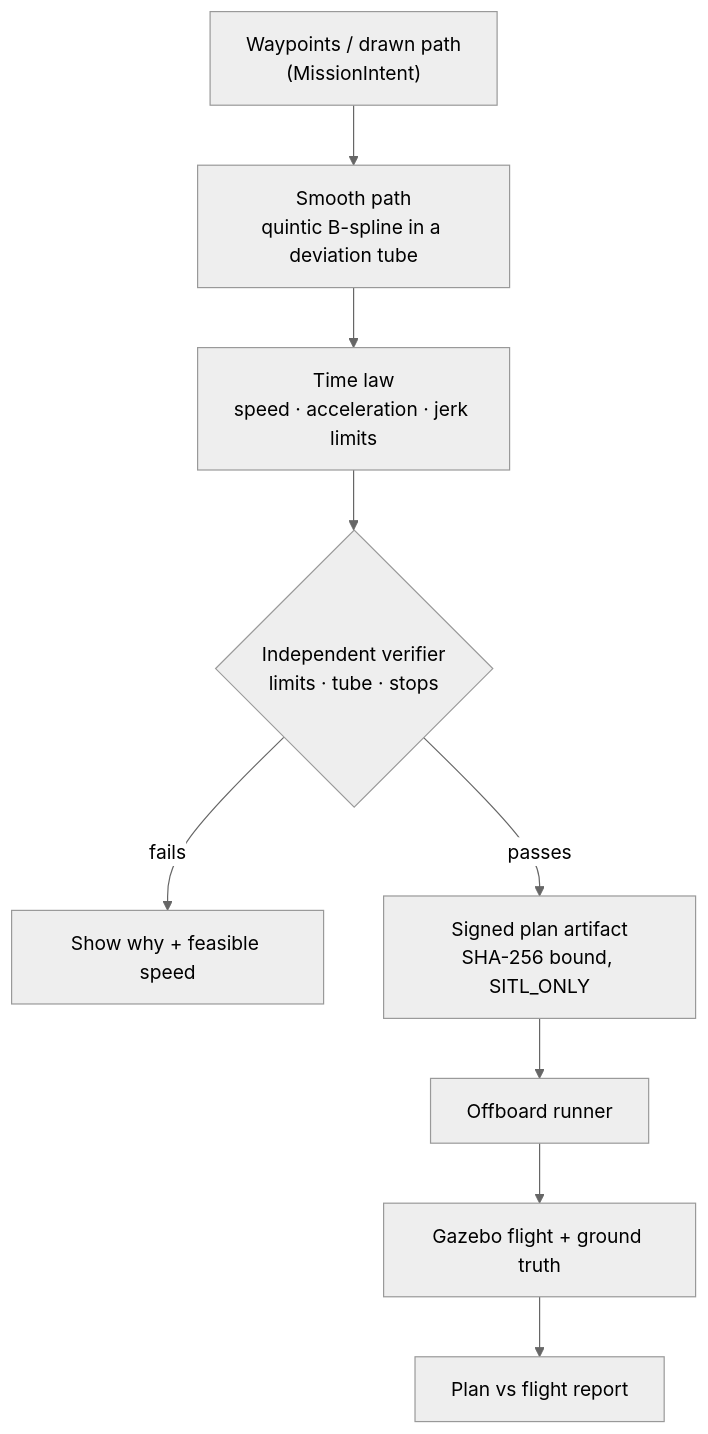
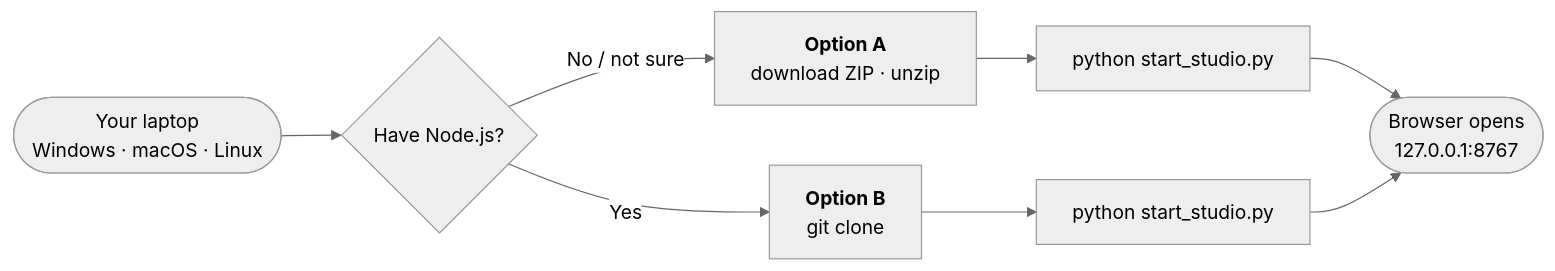
One commit to XpiredRuby/PX4_project_improved changed the first of 2 diagrams in README.md. Above: the diagram before and after it, drawn with Mermaid (neutral theme). The commit also changed other lines of this file and 29 other files, not shown here.

````diff
--- a/README.md
+++ b/README.md
@@ -83,11 +31,10 @@
 ```mermaid
-flowchart TD
-    A["Waypoints / drawn path<br/>(MissionIntent)"] --> B["Smooth path<br/>quintic B-spline in a deviation tube"]
-    B --> C["Time law<br/>speed · acceleration · jerk limits"]
-    C --> D{"Independent verifier<br/>limits · tube · stops"}
-    D -- fails --> E["Show why + feasible speed"]
-    D -- passes --> F["Signed plan artifact<br/>SHA-256 bound, SITL_ONLY"]
-    F --> G["Offboard runner"]
-    G --> H["Gazebo flight + ground truth"]
-    H --> I["Plan vs flight report"]
+flowchart LR
+    A(["Your laptop<br/>Windows · macOS · Linux"]) --> B{"Have Node.js?"}
+    B -- "No / not sure" --> Z["<b>Option A</b><br/>download ZIP · unzip"]
+    B -- "Yes" --> S["<b>Option B</b><br/>git clone"]
+    Z --> R1["python start_studio.py"]
+    S --> R2["python start_studio.py"]
+    R1 --> W(["Browser opens<br/>127.0.0.1:8767"])
+    R2 --> W
 ```
````
